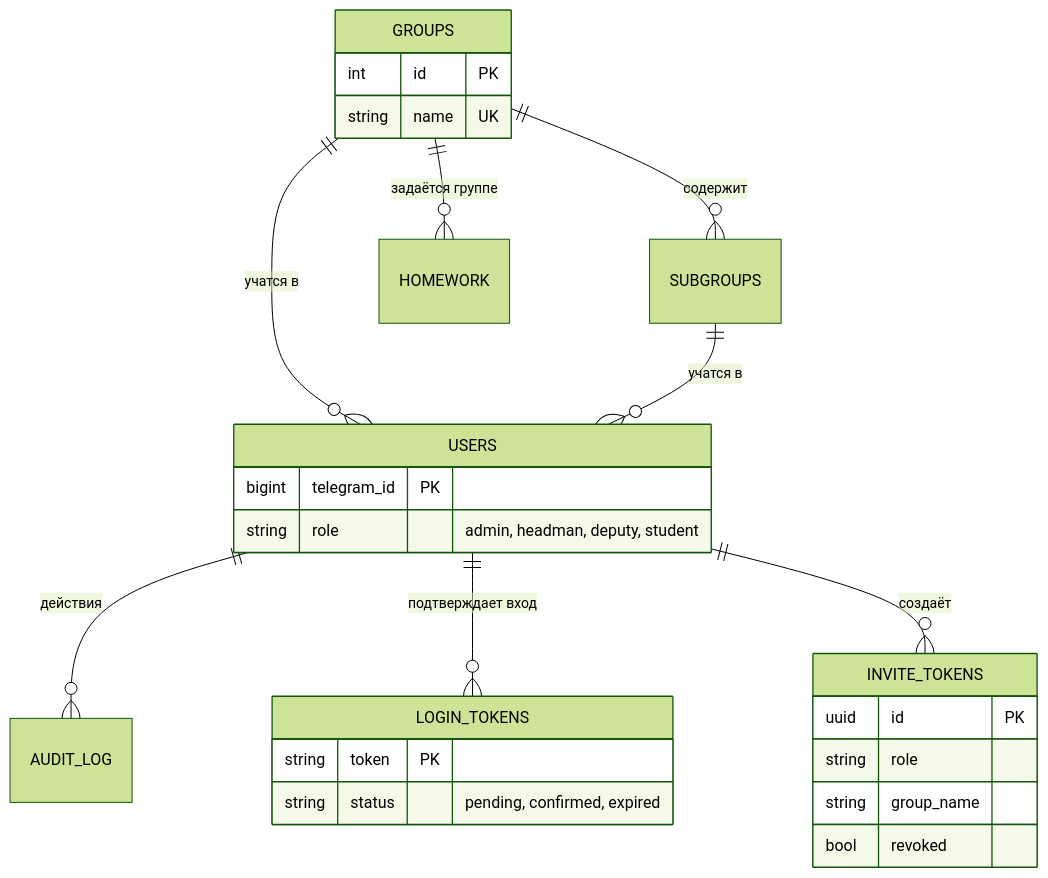
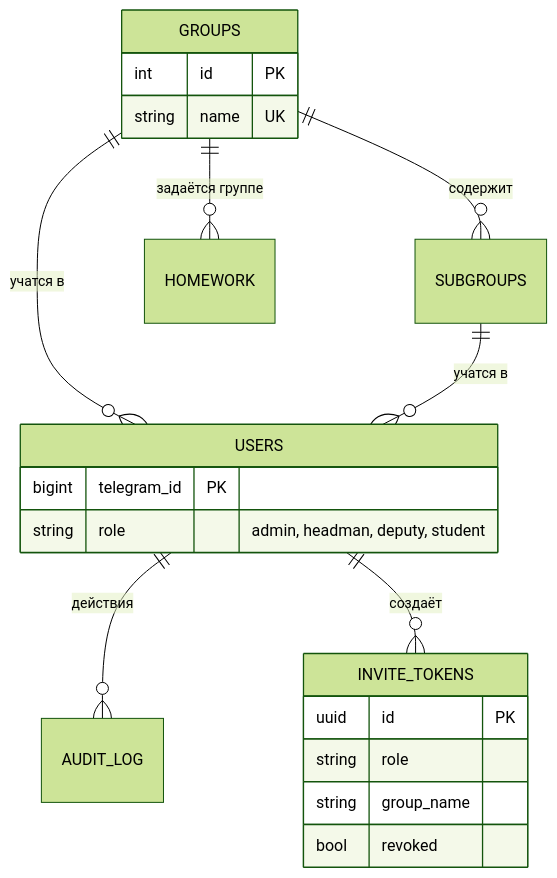
One commit to Ivansups/Zeta changed the fifth of 6 diagrams in README.md. Above: the diagram before and after it, drawn with Mermaid (forest theme). The commit also changed other lines of this file and 25 other files, not shown here.

````diff
--- a/README.md
+++ b/README.md
@@ -112,29 +114,24 @@
 ```mermaid
 erDiagram
     GROUPS ||--o{ SUBGROUPS : содержит
     GROUPS ||--o{ USERS : "учатся в"
     SUBGROUPS ||--o{ USERS : "учатся в"
     USERS ||--o{ AUDIT_LOG : "действия"
-    USERS ||--o{ LOGIN_TOKENS : "подтверждает вход"
     USERS ||--o{ INVITE_TOKENS : "создаёт"
     GROUPS ||--o{ HOMEWORK : "задаётся группе"
 
     USERS {
         bigint telegram_id PK
         string role "admin, headman, deputy, student"
     }
     GROUPS {
         int id PK
         string name UK
     }
     INVITE_TOKENS {
         uuid id PK
         string role
         string group_name
         bool revoked
     }
-    LOGIN_TOKENS {
-        string token PK
-        string status "pending, confirmed, expired"
-    }
 ```
````
